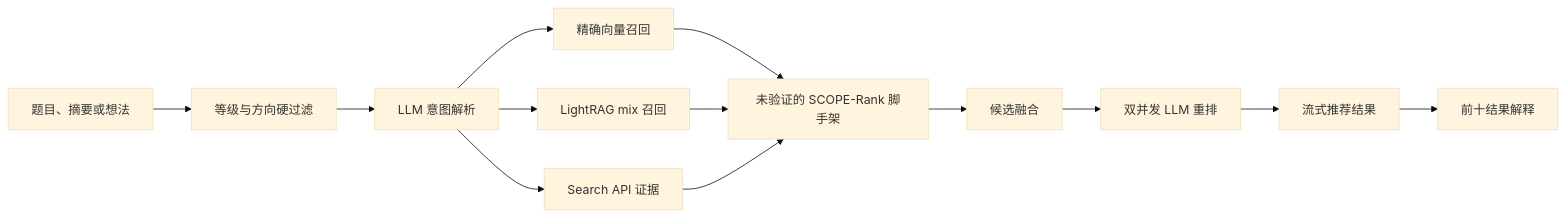
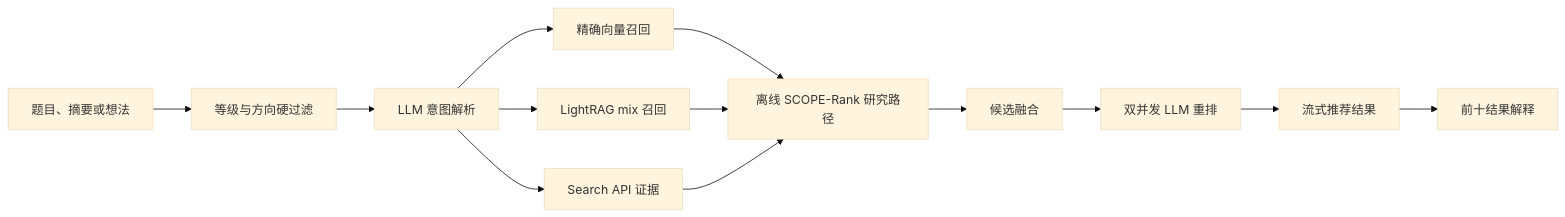
Before and after one commit to rudykon/Where_Papers_Go: the diagram in README_zh.md, drawn with Mermaid (base theme). The commit also changed other lines of this file and 5 other files, not shown here.

````diff
--- a/README_zh.md
+++ b/README_zh.md
@@ -95,15 +95,15 @@
 ```mermaid
 flowchart LR
     Q[题目、摘要或想法] --> F[等级与方向硬过滤]
     F --> I[LLM 意图解析]
     I --> V[精确向量召回]
     I --> G[LightRAG mix 召回]
     I --> S[Search API 证据]
-    V --> A[未验证的 SCOPE-Rank 脚手架]
+    V --> A[离线 SCOPE-Rank 研究路径]
     G --> A
     S --> A
     A --> M[候选融合]
     M --> R[双并发 LLM 重排]
     R --> O[流式推荐结果]
     O --> E[前十结果解释]
 ```
````
